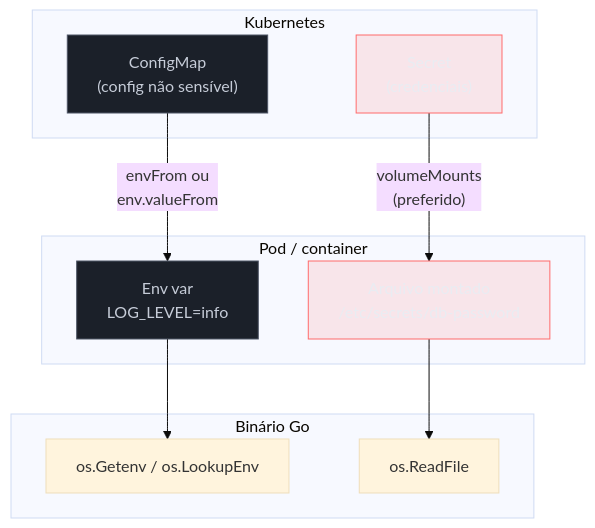
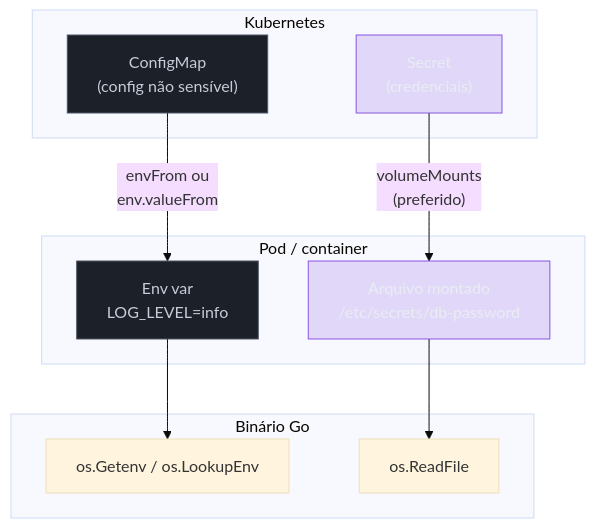
One commit to josenaldo/codex-technomanticus changed the first of 2 diagrams in 03-Dominios/Tecnologia/Go/18 - Cloud-native e produção/07 - Configuração e secrets em produção.md. Above: the diagram before and after it, drawn with Mermaid (base theme). The commit also changed 601 other files, not shown here.

````diff
--- a/03-Dominios/Tecnologia/Go/18 - Cloud-native e produção/07 - Configuração e secrets em produção.md
+++ b/03-Dominios/Tecnologia/Go/18 - Cloud-native e produção/07 - Configuração e secrets em produção.md
@@ -30,30 +30,30 @@
 ```mermaid
 flowchart TB
+    classDef marca fill:#8855DF33,stroke:#8855DF,color:#E9ECF2
     classDef neutro fill:#1B2029,stroke:#4E5666,color:#C6CCD8
-    classDef falha fill:#FF6B6B24,stroke:#FF6B6B,color:#E9ECF2
     subgraph K8s["Kubernetes"]
         CM["ConfigMap\n(config não sensível)"]
         Secret["Secret\n(credenciais)"]
     end
 
     subgraph Pod["Pod / container"]
         EnvVar["Env var\nLOG_LEVEL=info"]
         File["Arquivo montado\n/etc/secrets/db-password"]
     end
 
     subgraph App["Binário Go"]
         Getenv["os.Getenv / os.LookupEnv"]
         ReadFile["os.ReadFile"]
     end
 
     CM -->|"envFrom ou\nenv.valueFrom"| EnvVar
     Secret -->|"volumeMounts\n(preferido)"| File
 
     EnvVar --> Getenv
     File --> ReadFile
 
     class CM neutro
-    class Secret falha
+    class Secret marca
     class EnvVar neutro
-    class File falha
+    class File marca
 ```
````
